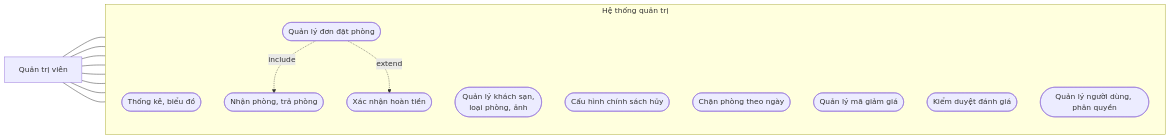
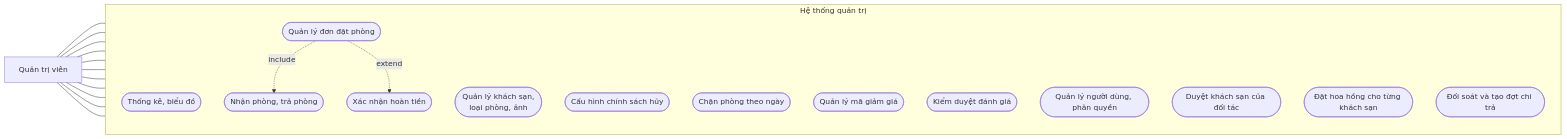
Before and after one commit to ongtrumphuong/TTTN_Booking_Hotel: the third of 10 diagrams in docs/SO_DO_BAO_CAO.md, drawn with Mermaid. The commit also changed other lines of this file and 45 other files, not shown here.

````diff
--- a/docs/SO_DO_BAO_CAO.md
+++ b/docs/SO_DO_BAO_CAO.md
@@ -55,22 +72,25 @@
 ```mermaid
 flowchart LR
   QT["Quản trị viên"]
 
   subgraph HT ["Hệ thống quản trị"]
     direction TB
     UC14(["Thống kê, biểu đồ"])
     UC15(["Quản lý khách sạn,<br/>loại phòng, ảnh"])
     UC16(["Cấu hình chính sách hủy"])
     UC17(["Chặn phòng theo ngày"])
     UC18(["Quản lý đơn đặt phòng"])
     UC19(["Nhận phòng, trả phòng"])
     UC20(["Xác nhận hoàn tiền"])
     UC21(["Quản lý mã giảm giá"])
     UC22(["Kiểm duyệt đánh giá"])
     UC23(["Quản lý người dùng, phân quyền"])
+    UC24(["Duyệt khách sạn của đối tác"])
+    UC25(["Đặt hoa hồng cho từng khách sạn"])
+    UC26(["Đối soát và tạo đợt chi trả"])
   end
 
-  QT --- UC14 & UC15 & UC16 & UC17 & UC18 & UC21 & UC22 & UC23
+  QT --- UC14 & UC15 & UC16 & UC17 & UC18 & UC21 & UC22 & UC23 & UC24 & UC25 & UC26
   UC18 -. "include" .-> UC19
   UC18 -. "extend" .-> UC20
 ```
````
